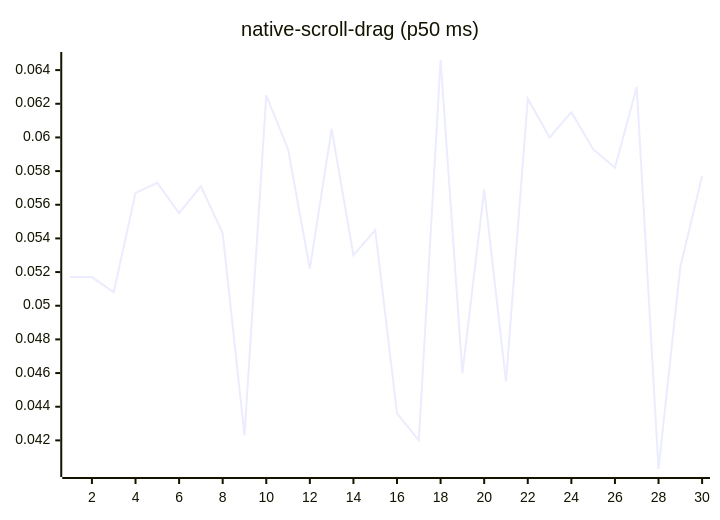
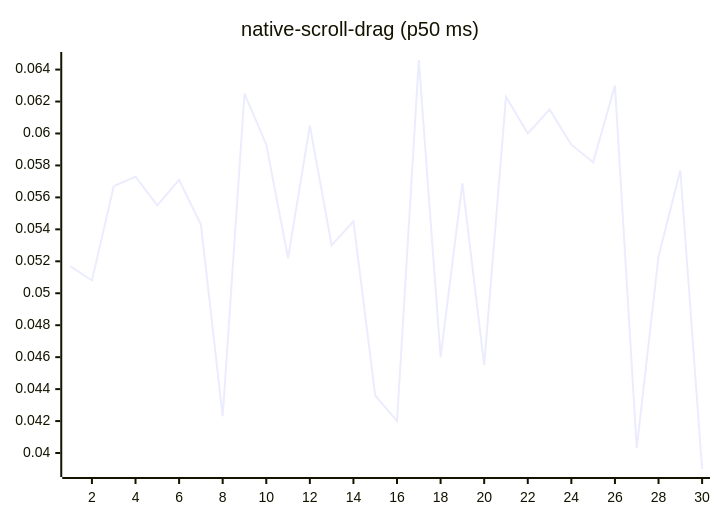
Before and after one commit to josha/Facet: diagram 14 of 27 in README.md, drawn with Mermaid. The commit also changed other lines of this file and 2 other files, not shown here.

````diff
--- a/README.md
+++ b/README.md
@@ -154,6 +154,6 @@
 ```mermaid
 xychart-beta
     title "native-scroll-drag (p50 ms)"
     x-axis 1 --> 30
-    line [0.0517, 0.0517, 0.0508, 0.0567, 0.0573, 0.0555, 0.0571, 0.0543, 0.0423, 0.0625, 0.0593, 0.0522, 0.0605, 0.0530, 0.0545, 0.0436, 0.0420, 0.0646, 0.0460, 0.0569, 0.0455, 0.0623, 0.0600, 0.0615, 0.0593, 0.0582, 0.0630, 0.0403, 0.0523, 0.0577]
+    line [0.0517, 0.0508, 0.0567, 0.0573, 0.0555, 0.0571, 0.0543, 0.0423, 0.0625, 0.0593, 0.0522, 0.0605, 0.0530, 0.0545, 0.0436, 0.0420, 0.0646, 0.0460, 0.0569, 0.0455, 0.0623, 0.0600, 0.0615, 0.0593, 0.0582, 0.0630, 0.0403, 0.0523, 0.0577, 0.0390]
 ```
````
